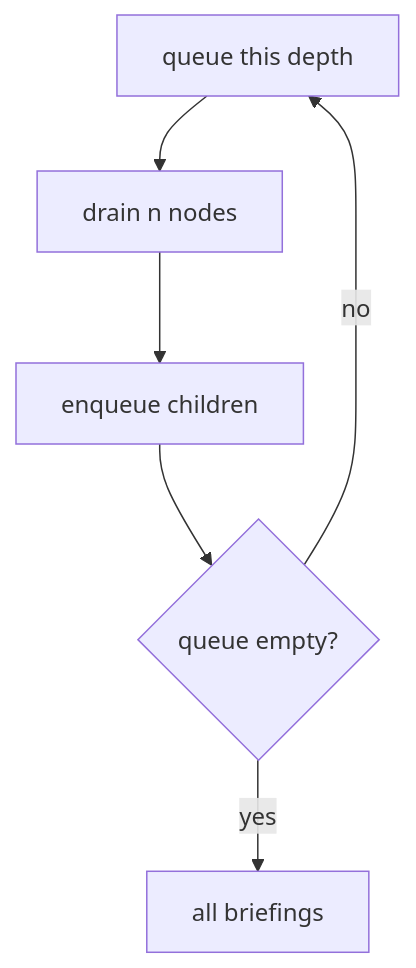
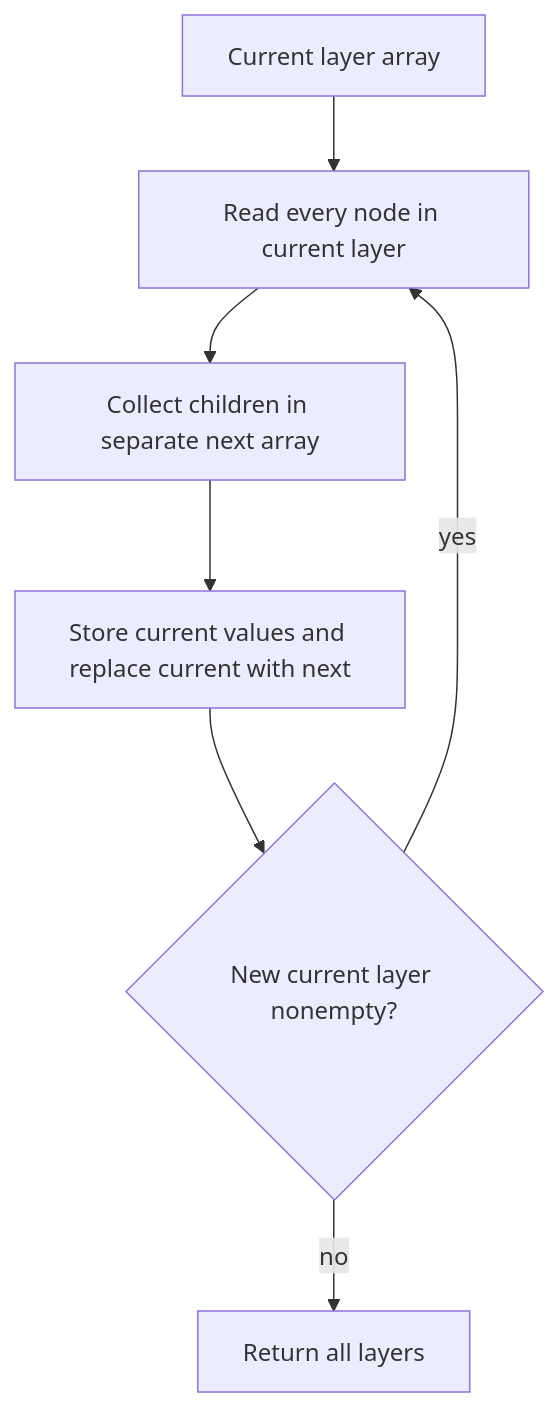
One commit to jdodsoncollins/study-material changed the diagram in lessons/algorithms/problems/briefing-layers/viz/layers.md. Above: the diagram before and after it, drawn with Mermaid. The commit also changed 175 other files, not shown here.

````diff
--- a/lessons/algorithms/problems/briefing-layers/viz/layers.md
+++ b/lessons/algorithms/problems/briefing-layers/viz/layers.md
@@ -3,8 +3,9 @@
 ```mermaid
 flowchart TB
-  q[queue this depth] --> drain[drain n nodes]
-  drain --> kids[enqueue children]
-  kids --> more{queue empty?}
-  more -->|no| q
-  more -->|yes| done[all briefings]
+  q[Current layer array] --> drain[Read every node in current layer]
+  drain --> kids[Collect children in separate next array]
+  kids --> out[Store current values and replace current with next]
+  out --> more{New current layer nonempty?}
+  more -->|yes| drain
+  more -->|no| done[Return all layers]
 ```
````
